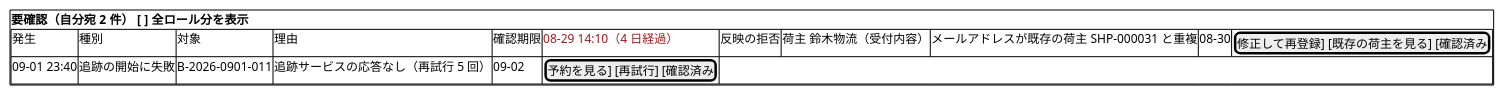
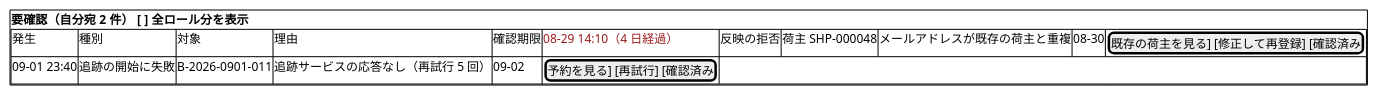
Diagram 22 of 26 in docs/design/cargo-tracker/ui_design.md (k2works/case-study-cargo-tracker), drawn with PlantUML before and after one commit. The commit also changed other lines of this file and 7 other files, not shown here.

````diff
--- a/docs/design/cargo-tracker/ui_design.md
+++ b/docs/design/cargo-tracker/ui_design.md
@@ -889,12 +889,12 @@
 ```plantuml
 @startsalt
 {+
   <b>要確認（自分宛 2 件）  [ ] 全ロール分を表示
   {#
     発生 | 種別 | 対象 | 理由 | 確認期限 |
-    <color:#991B1B>08-29 14:10（4 日経過）</color> | 反映の拒否 | 荷主 鈴木物流（受付内容） | メールアドレスが既存の荷主 SHP-000031 と重複 | 08-30 | [修正して再登録] [既存の荷主を見る] [確認済み]
+    <color:#991B1B>08-29 14:10（4 日経過）</color> | 反映の拒否 | 荷主 SHP-000048 | メールアドレスが既存の荷主と重複 | 08-30 | [既存の荷主を見る] [修正して再登録] [確認済み]
     09-01 23:40 | 追跡の開始に失敗 | B-2026-0901-011 | 追跡サービスの応答なし（再試行 5 回） | 09-02 | [予約を見る] [再試行] [確認済み]
   }
 }
 @endsalt
 ```
````
